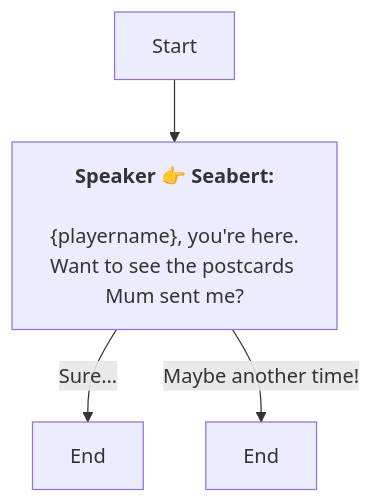
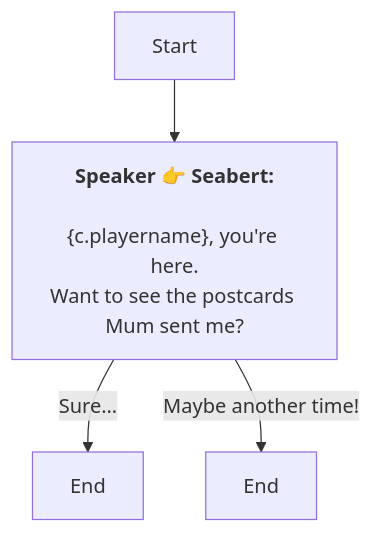
One commit to SoftHu/tos_avg changed the diagram in En/QuestTalkObjectiveNode_1753752288090526.md. Above: the diagram before and after it, drawn with Mermaid. The commit also changed 410 other files, not shown here.

````diff
--- a/En/QuestTalkObjectiveNode_1753752288090526.md
+++ b/En/QuestTalkObjectiveNode_1753752288090526.md
@@ -1,9 +1,9 @@
 ```mermaid
 graph
 Start -->1753752340862378[<b>Speaker 👉 Seabert:</b>
-\n&lbrace;playername&rbrace;, you're here.
+\n&lbrace;c.playername&rbrace;, you're here.
 Want to see the postcards Mum sent me?]
 1753752340862378 -->|Sure…|1753752340863406[End]
 1753752340862378 -->|Maybe another time!|1753752340863407[End]
 
 ```
````
